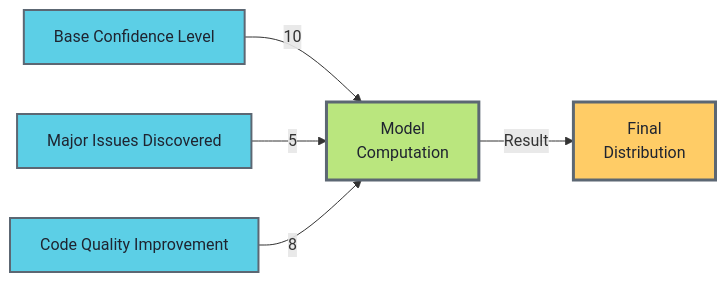
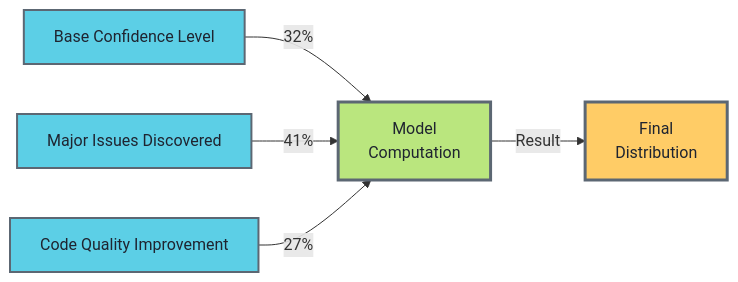
The diagram in results/prototype/charts/sankey.mmd (Replicant-Partners/fermi), drawn with Mermaid before and after one commit. The commit also changed 11 other files, not shown here.

First line of the commit message:
Implement real sensitivity analysis for meaningful charts

```diff
--- a/results/prototype/charts/sankey.mmd
+++ b/results/prototype/charts/sankey.mmd
@@ -1,40 +1,40 @@
 %%{
   init: {
     'theme': 'base',
     'themeVariables': {
       'primaryColor': '#5CCFE6',
       'primaryTextColor': '#CBCCC6',
       'primaryBorderColor': '#5C6773',
       'lineColor': '#FFCC66',
       'secondaryColor': '#BAE67E',
       'tertiaryColor': '#FFAE57',
       'background': '#1F2430',
       'mainBkg': '#1F2430',
       'secondBkg': '#1F2430',
       'tertiaryBkg': '#1F2430',
       'textColor': '#CBCCC6',
       'border1': '#5C6773',
       'border2': '#5C6773',
       'arrowheadColor': '#FFCC66',
       'fontFamily': 'ui-monospace, "Cascadia Code", "Source Code Pro", Menlo, Consolas, "DejaVu Sans Mono", monospace',
       'fontSize': '14px'
     }
   }
 }%%%%{init: {"theme": "base", "themeVariables": {"fontSize": "16px"}}}%%
 graph LR
     D0["Base Confidence Level"]
-    D0 -->|10| Model
+    D0 -->|32%| Model
     D1["Major Issues Discovered"]
-    D1 -->|5| Model
+    D1 -->|41%| Model
     D2["Code Quality Improvement"]
-    D2 -->|8| Model
+    D2 -->|27%| Model
     Model["Model<br/>Computation"]
     Model -->|Result| Output["Final<br/>Distribution"]
     classDef driverClass fill:#5CCFE6,stroke:#5C6773,stroke-width:2px,color:#1F2430
     classDef modelClass fill:#BAE67E,stroke:#5C6773,stroke-width:3px,color:#1F2430
     classDef outputClass fill:#FFCC66,stroke:#5C6773,stroke-width:3px,color:#1F2430
     class D0 driverClass
     class D1 driverClass
     class D2 driverClass
     class Model modelClass
     class Output outputClass
```
